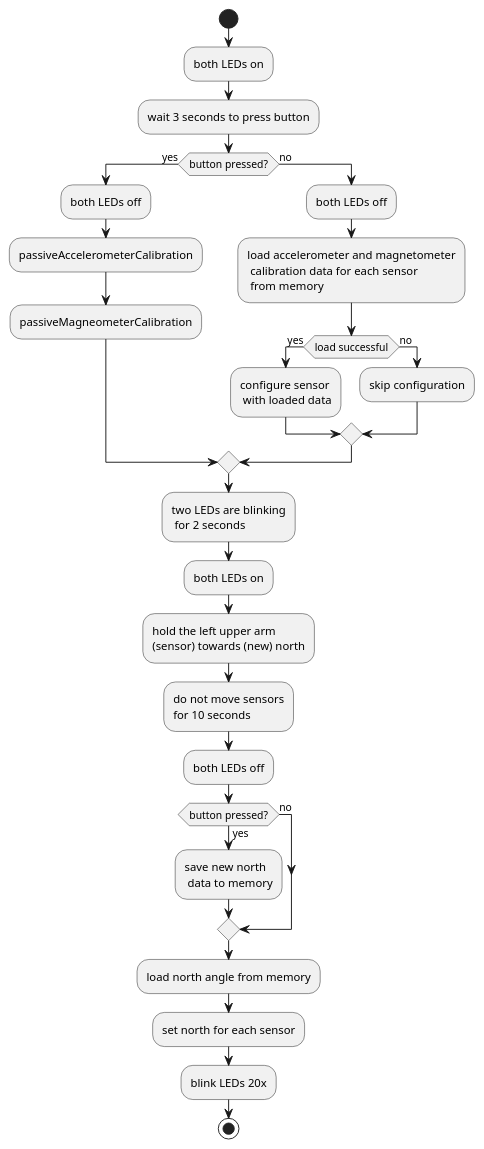
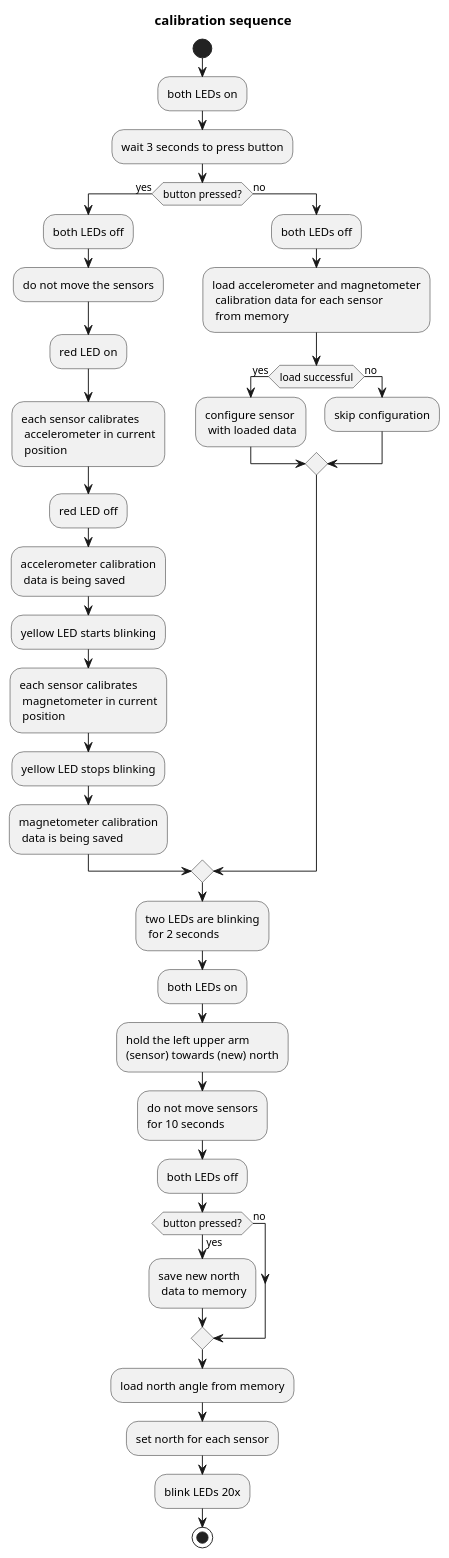
One commit to birkschmithuesen/MergingEntities changed the diagram in GyroArduino/firmwares/OneESP_SixMPU9250/doc-src/calibration.plantuml. Above: the diagram before and after it, drawn with PlantUML. The commit also changed 1 other file, not shown here.

Commit message:
more calibration documentation, see #45

```diff
--- a/GyroArduino/firmwares/OneESP_SixMPU9250/doc-src/calibration.plantuml
+++ b/GyroArduino/firmwares/OneESP_SixMPU9250/doc-src/calibration.plantuml
@@ -1,60 +1,84 @@
 @startuml
+
+title calibration sequence
 
 start
 
 :both LEDs on;
 
 :wait 3 seconds to press button;
 
 if (button pressed?) then (yes)
   :both LEDs off;
 
-  :passiveAccelerometerCalibration;
+  :do not move the sensors;
 
-  :passiveMagneometerCalibration;
+  'passive acceleromenter calibration'
+  :red LED on;
+
+  :each sensor calibrates
+   accelerometer in current
+   position;
+
+  :red LED off;
+
+  :accelerometer calibration
+   data is being saved;
+
+  'passice magnetometer calibration'
+  :yellow LED starts blinking;
+
+  :each sensor calibrates
+   magnetometer in current
+   position;
+
+  :yellow LED stops blinking;
+
+  :magnetometer calibration
+   data is being saved;
 
 else (no)
   :both LEDs off;
 
   :load accelerometer and magnetometer
    calibration data for each sensor
    from memory;
 
   if (load successful) then (yes)
     :configure sensor
      with loaded data;
   else (no)
     :skip configuration;
   endif
 
 endif
 
 :two LEDs are blinking
  for 2 seconds;
 
 :both LEDs on;
 
 :hold the left upper arm
 (sensor) towards (new) north;
 
 :do not move sensors
 for 10 seconds;
 
 :both LEDs off;
 
 if (button pressed?) then (yes)
   :save new north
    data to memory;
 else (no)
 
 endif
 
 :load north angle from memory;
 
 :set north for each sensor;
 
 :blink LEDs 20x;
 
 stop
 
 @enduml
```
